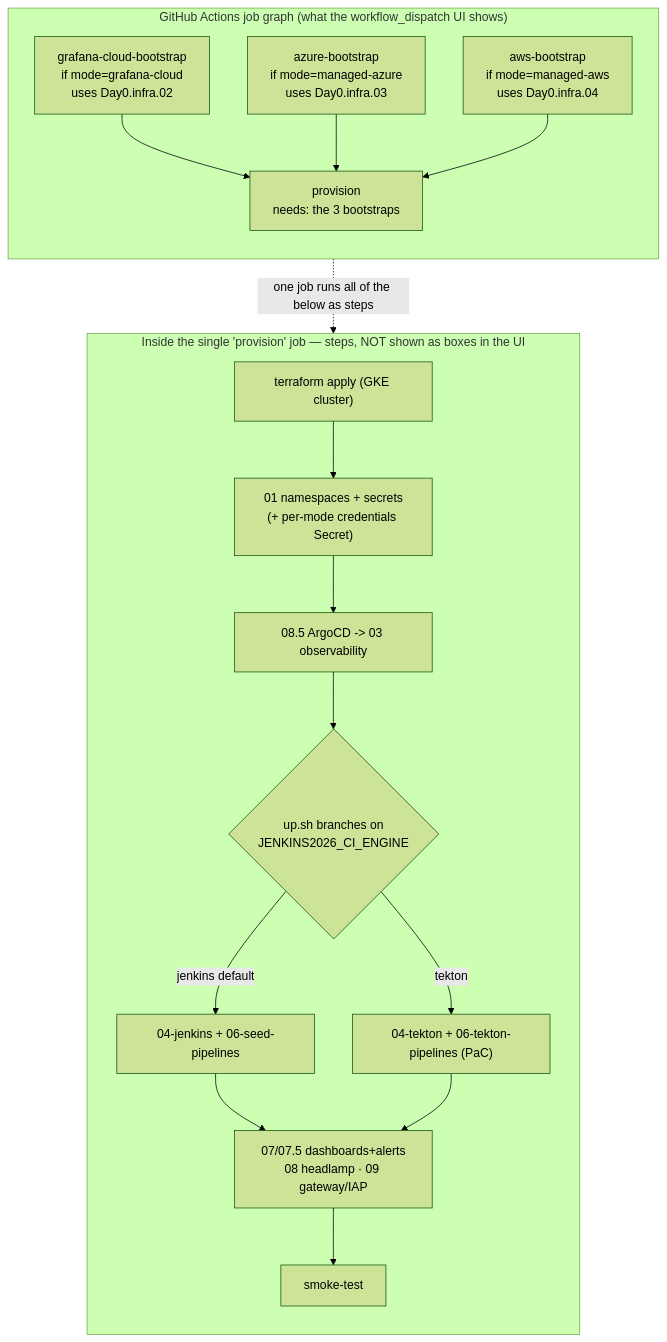
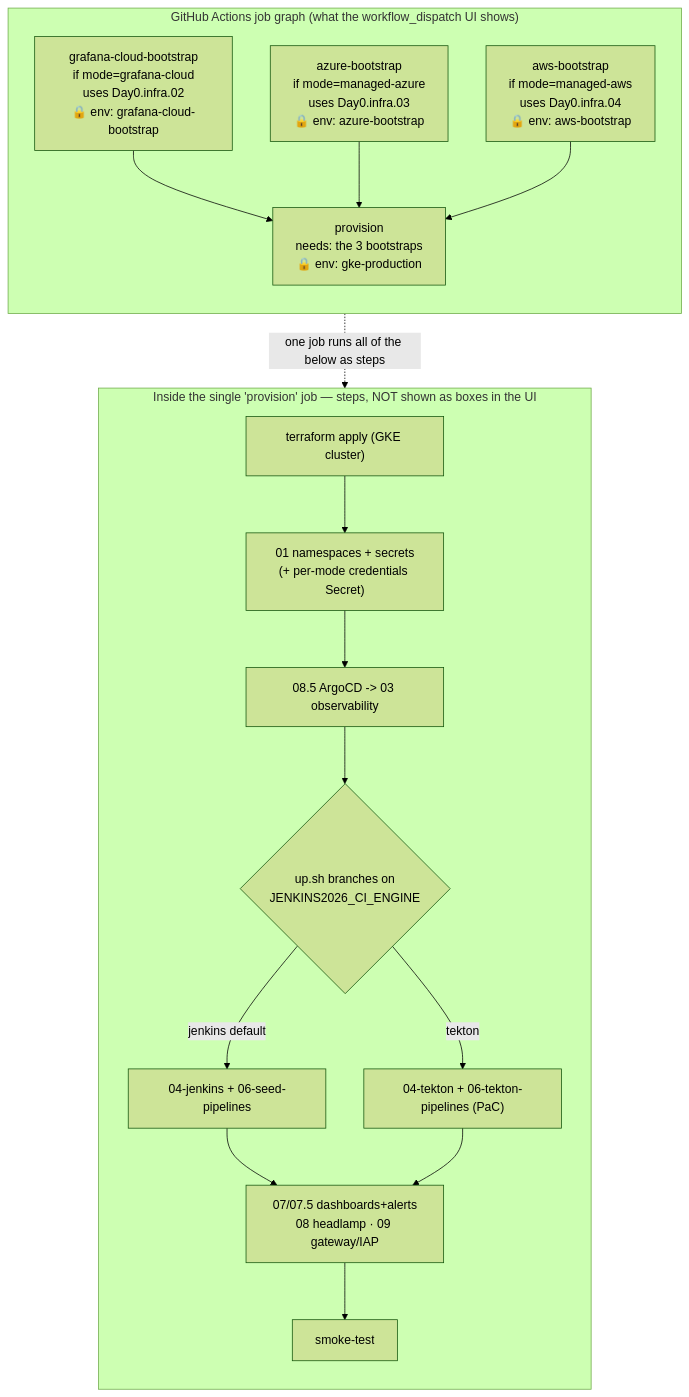
The third of 3 diagrams in docs/101-GITHUB_ACTIONS_WORKFLOWS.md (nubenetes/jenkins-2026), drawn with Mermaid (forest theme) before and after one commit. The commit also changed other lines of this file, not shown here.

First line of the commit message:
docs(101): show per-backend approval environments in the Day1 run graph

````diff
--- a/docs/101-GITHUB_ACTIONS_WORKFLOWS.md
+++ b/docs/101-GITHUB_ACTIONS_WORKFLOWS.md
@@ -346,33 +346,33 @@
 ```mermaid
 flowchart TD
     subgraph JOBS["GitHub Actions job graph (what the workflow_dispatch UI shows)"]
         direction TB
-        B1["grafana-cloud-bootstrap\nif mode=grafana-cloud\nuses Day0.infra.02"]
-        B2["azure-bootstrap\nif mode=managed-azure\nuses Day0.infra.03"]
-        B3["aws-bootstrap\nif mode=managed-aws\nuses Day0.infra.04"]
-        P["provision\nneeds: the 3 bootstraps"]
+        B1["grafana-cloud-bootstrap\nif mode=grafana-cloud\nuses Day0.infra.02\n🔒 env: grafana-cloud-bootstrap"]
+        B2["azure-bootstrap\nif mode=managed-azure\nuses Day0.infra.03\n🔒 env: azure-bootstrap"]
+        B3["aws-bootstrap\nif mode=managed-aws\nuses Day0.infra.04\n🔒 env: aws-bootstrap"]
+        P["provision\nneeds: the 3 bootstraps\n🔒 env: gke-production"]
         B1 --> P
         B2 --> P
         B3 --> P
     end
 
     subgraph INSIDE["Inside the single 'provision' job — steps, NOT shown as boxes in the UI"]
         direction TB
         TF["terraform apply (GKE cluster)"]
         NS["01 namespaces + secrets\n(+ per-mode credentials Secret)"]
         CD["08.5 ArgoCD -> 03 observability"]
         UP{"up.sh branches on\nJENKINS2026_CI_ENGINE"}
         JEN["04-jenkins + 06-seed-pipelines"]
         TEK["04-tekton + 06-tekton-pipelines (PaC)"]
         REST["07/07.5 dashboards+alerts\n08 headlamp · 09 gateway/IAP"]
         SMOKE["smoke-test"]
         TF --> NS --> CD --> UP
         UP -->|jenkins default| JEN
         UP -->|tekton| TEK
         JEN --> REST
         TEK --> REST
         REST --> SMOKE
     end
 
     P -.->|"one job runs all of the below as steps"| INSIDE
 ```
````
